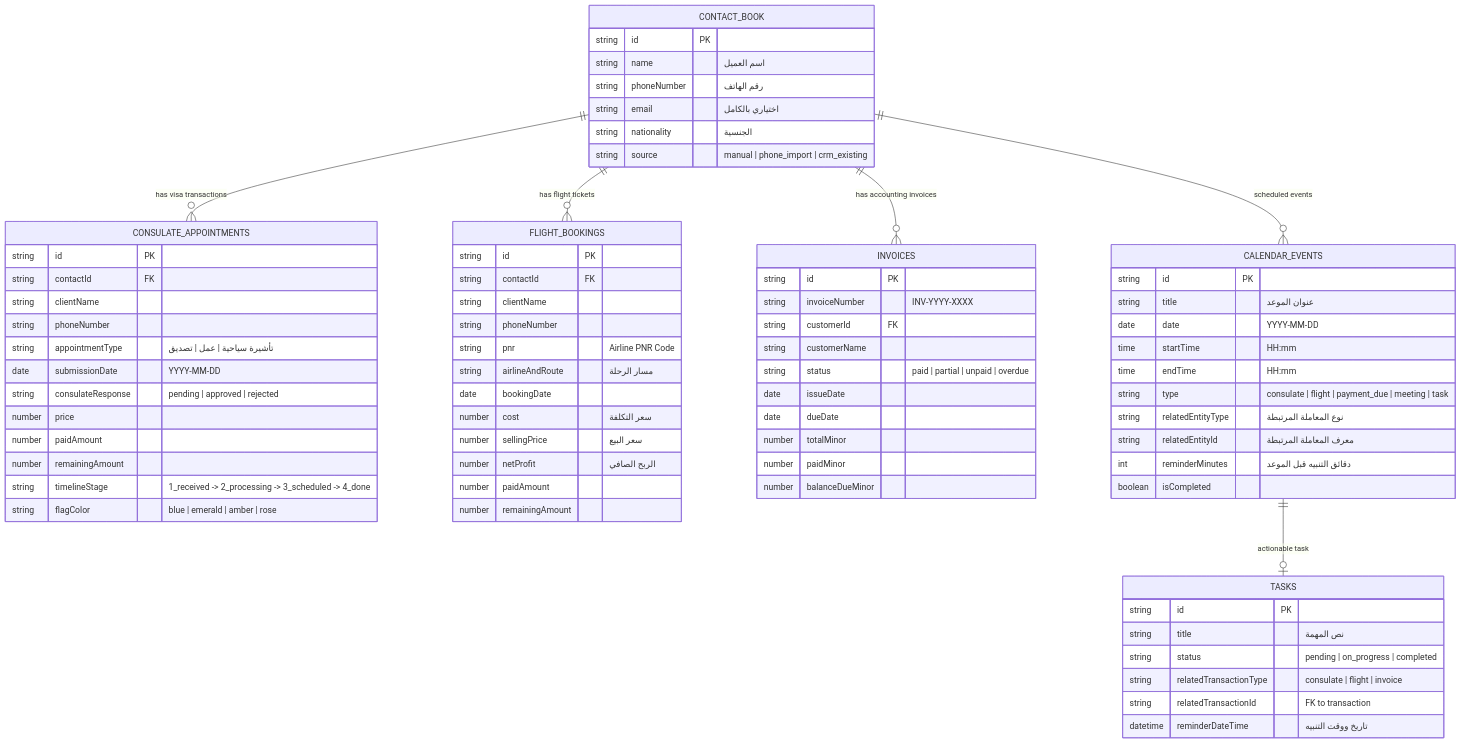
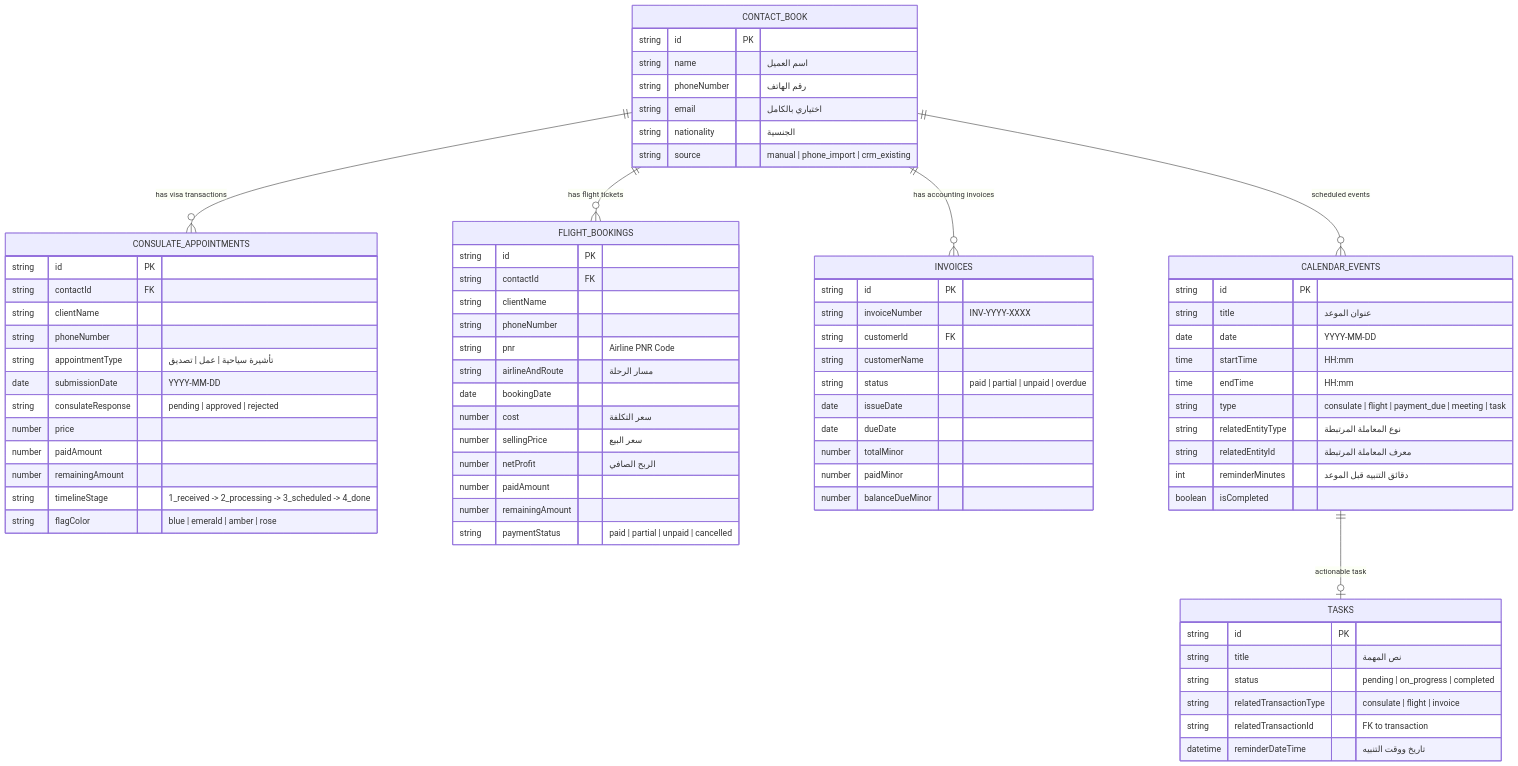
Before and after one commit to rachidelfazni/elfazni-services: the third of 3 diagrams in docs/ELFAZNI_SERVICES_ANDROID_MASTER_MDA.md, drawn with Mermaid. The commit also changed other lines of this file, not shown here.

```diff
--- a/docs/ELFAZNI_SERVICES_ANDROID_MASTER_MDA.md
+++ b/docs/ELFAZNI_SERVICES_ANDROID_MASTER_MDA.md
@@ -202,6 +624,7 @@
         number netProfit "الربح الصافي"
         number paidAmount
         number remainingAmount
+        string paymentStatus "paid | partial | unpaid | cancelled"
     }
 
     INVOICES {
```
